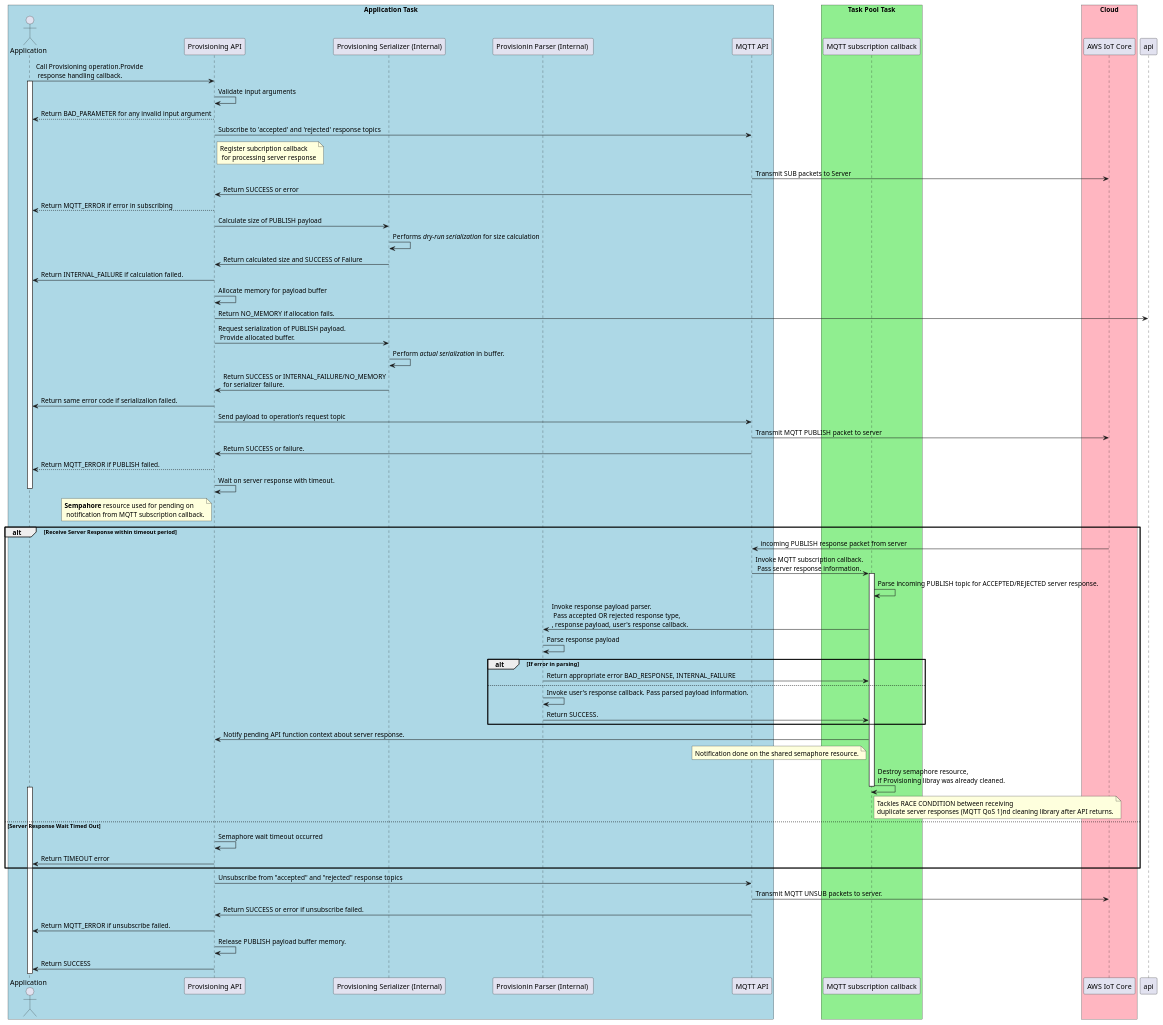
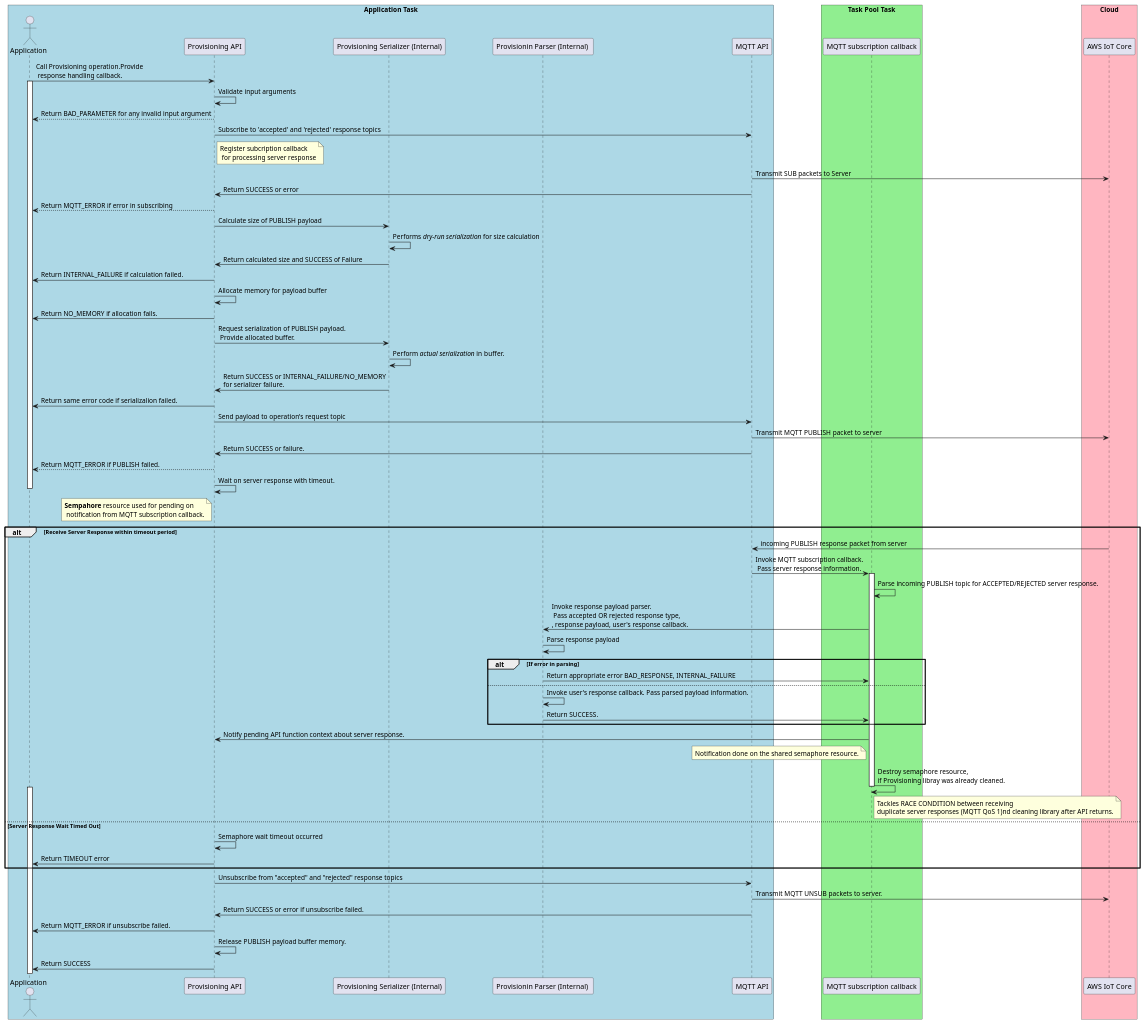
Before and after one commit to aws/aws-iot-device-sdk-embedded-C: the diagram in doc/plantuml/provisioning_sync_operation_design.pu, drawn with PlantUML. The commit also changed 2 other files, not shown here.

Commit message:
Minor fix to diagram; replace old diagram with new export

```diff
--- a/doc/plantuml/provisioning_sync_operation_design.pu
+++ b/doc/plantuml/provisioning_sync_operation_design.pu
@@ -1,88 +1,88 @@
 @startuml
 skinparam classFontSize 8
 skinparam classFontName Helvetica
 
 box "Application Task" #LightBlue
 actor Application as app
 participant "Provisioning API" as provisioning
 participant "Provisioning Serializer (Internal)" as serializer
 participant "Provisionin Parser (Internal) " as parser
 participant "MQTT API" as mqtt
 end box
 
 box "Task Pool Task" #LightGreen
 participant "MQTT subscription callback" as callback
 end box
 
 box "Cloud" #LightPink
 participant "AWS IoT Core" as aws
 end box
 
 app -> provisioning: Call Provisioning operation.Provide\n response handling callback.
 activate app
 
 provisioning -> provisioning: Validate input arguments
 provisioning --> app: Return BAD_PARAMETER for any invalid input argument
 
 provisioning -> mqtt: Subscribe to 'accepted' and 'rejected' response topics
 note right of provisioning: Register subcription callback\n for processing server response
 
 mqtt -> aws: Transmit SUB packets to Server
 mqtt -> provisioning: Return SUCCESS or error
 provisioning --> app: Return MQTT_ERROR if error in subscribing
 
 provisioning -> serializer: Calculate size of PUBLISH payload
 serializer -> serializer: Performs <i>dry-run serialization</i> for size calculation
 serializer -> provisioning: Return calculated size and SUCCESS of Failure
 provisioning -> app: Return INTERNAL_FAILURE if calculation failed.
 
 provisioning -> provisioning: Allocate memory for payload buffer
-provisioning -> api: Return NO_MEMORY if allocation fails.
+provisioning -> app: Return NO_MEMORY if allocation fails.
 
 provisioning -> serializer: Request serialization of PUBLISH payload.\n Provide allocated buffer.  
 serializer -> serializer: Perform <i>actual serialization</i> in buffer.
 serializer -> provisioning: Return SUCCESS or INTERNAL_FAILURE/NO_MEMORY\nfor serializer failure.
 provisioning -> app: Return same error code if serializalion failed.
 
 provisioning -> mqtt: Send payload to operation's request topic
 mqtt -> aws: Transmit MQTT PUBLISH packet to server
 mqtt -> provisioning: Return SUCCESS or failure.
 provisioning --> app: Return MQTT_ERROR if PUBLISH failed.
 
 provisioning -> provisioning: Wait on server response with timeout.
 note left of provisioning: <b>Sempahore</b> resource used for pending on\n notification from MQTT subscription callback.
 alt Receive Server Response within timeout period
 deactivate app
 aws -> mqtt : incoming PUBLISH response packet from server
 mqtt -> callback: Invoke MQTT subscription callback.\n Pass server response information.
 activate callback
 callback -> callback: Parse incoming PUBLISH topic for ACCEPTED/REJECTED server response.
 callback -> parser: Invoke response payload parser.\n Pass accepted OR rejected response type,\n, response payload, user's response callback.
 parser -> parser: Parse response payload
 alt If error in parsing
 parser -> callback: Return appropriate error BAD_RESPONSE, INTERNAL_FAILURE
 else 
 parser -> parser: Invoke user's response callback. Pass parsed payload information.
 parser -> callback: Return SUCCESS.
 end alt
 callback -> provisioning: Notify pending API function context about server response.
 note left of callback: Notification done on the shared semaphore resource.
 callback -> callback: Destroy semaphore resource,\nif Provisioning libray was already cleaned.
 note right of callback: Tackles RACE CONDITION between receiving\nduplicate server responses (MQTT QoS 1)\and cleaning library after API returns.
 deactivate callback
 activate app
 else Server Response Wait Timed Out
 provisioning -> provisioning: Semaphore wait timeout occurred
 provisioning -> app: Return TIMEOUT error
 end alt
 
 provisioning -> mqtt: Unsubscribe from "accepted" and "rejected" response topics
 mqtt -> aws: Transmit MQTT UNSUB packets to server.
 mqtt -> provisioning: Return SUCCESS or error if unsubscribe failed.
 provisioning -> app: Return MQTT_ERROR if unsubscribe failed.
 
 provisioning -> provisioning: Release PUBLISH payload buffer memory.
 provisioning -> app: Return SUCCESS
 deactivate provisioning
 
 @enduml
```
